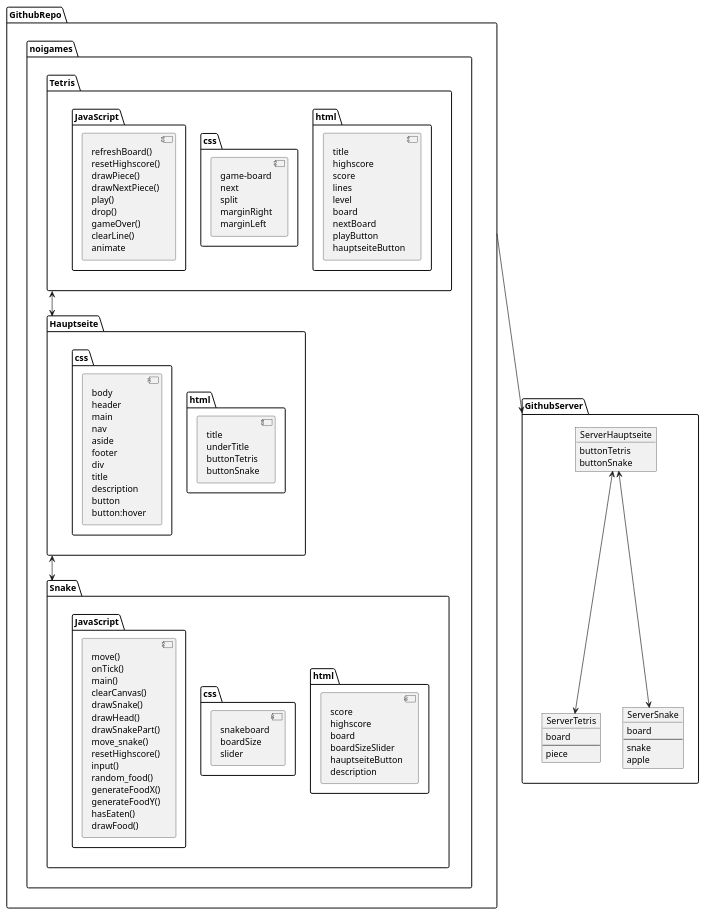
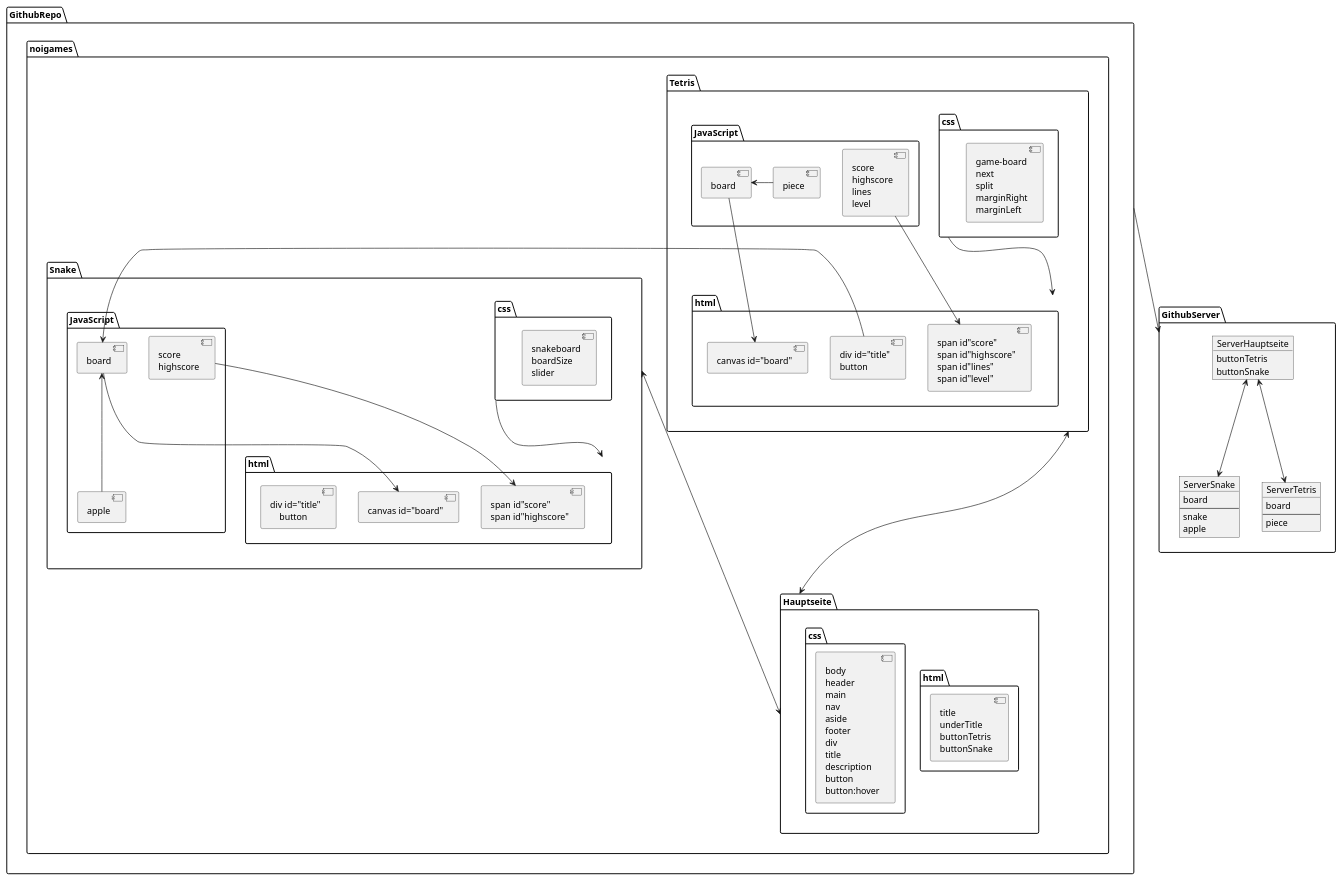
One commit to noigel5/noigames changed the diagram in images/infrastruktur.puml. Above: the diagram before and after it, drawn with PlantUML. The commit also changed 1 other file, not shown here.

```diff
--- a/images/infrastruktur.puml
+++ b/images/infrastruktur.puml
@@ -1,130 +1,141 @@
 @startuml
 package GithubServer {
     object ServerHauptseite {
         buttonTetris
         buttonSnake
     }
     object ServerTetris {
         board
         --
         piece
     }
     object ServerSnake {
         board
         --
         snake
         apple
     }
 }
 package GithubRepo{
     package noigames {
         package Hauptseite {
             package html as h1 {
                 component 1 [
                     title
                     underTitle
                     buttonTetris
                     buttonSnake
                 ]
             }
             package css as c1 {
                 component 2 [
                     body
                     header
                     main
                     nav
                     aside
                     footer
                     div
                     title
                     description
                     button
                     button:hover
                 ]
             }
         }
         package Tetris {
             package html as h2 {
                 component 3 [
-                    title
-                    highscore
-                    score
-                    lines
-                    level
-                    board
-                    nextBoard
-                    playButton
-                    hauptseiteButton
+                    canvas id="board"
+                ]
+                component 11 [
+                    span id"score"
+                    span id"highscore"
+                    span id"lines"
+                    span id"level"
+                ]
+                component 12 [
+                    div id="title"
+                    button
                 ]
             }
             package css as c2{
                 component 4 [
                     game-board
                     next
                     split
                     marginRight
                     marginLeft
                 ]
             }
             package JavaScript as j1 {
                 component 5 [
-                    refreshBoard()
-                    resetHighscore()
-                    drawPiece()
-                    drawNextPiece()
-                    play()
-                    drop()
-                    gameOver()
-                    clearLine()
-                    animate
+                    board
+                ]
+                component 9 [
+                    piece
+                ]
+                component 10 [
+                    score
+                    highscore
+                    lines
+                    level
                 ]
             }
         }
         package Snake {
             package html as h3 {
                 component 6 [
-                    score
-                    highscore
-                    board
-                    boardSizeSlider
-                    hauptseiteButton
-                    description
+                    canvas id="board"
+                ]
+                component 15 [
+                    span id"score"
+                    span id"highscore"
+                ]
+                component 16 [
+                div id="title"
+                    button
                 ]
             }
             package css as c3 {
                 component 7 [
                     snakeboard
                     boardSize
                     slider
                 ]
             }
             package JavaScript as j2{
                 component 8 [
-                    move()
-                    onTick()
-                    main()
-                    clearCanvas()
-                    drawSnake()
-                    drawHead()
-                    drawSnakePart()
-                    move_snake()
-                    resetHighscore()
-                    input()
-                    random_food()
-                    generateFoodX()
-                    generateFoodY()
-                    hasEaten()
-                    drawFood()
+                    board
+                ]
+                component 12 [
+                    snake
+                ]
+                component 13 [
+                    apple
+                ]
+                component 14 [
+                    score
+                    highscore
                 ]
             }
         }
     }
 }
 Hauptseite <--> Snake
-Tetris <--> Hauptseite
+Tetris <----> Hauptseite
 
 ServerHauptseite <--> ServerTetris
 ServerHauptseite <--> ServerSnake
 
 GithubRepo --> GithubServer
+5 <- 9
+5 --> 3
+10 -> 11
+c2 --> h2
+8 <- 12
+8 <-- 13
+14 --> 15
+8 -> 6
+c3 --> h3
 @enduml
```
